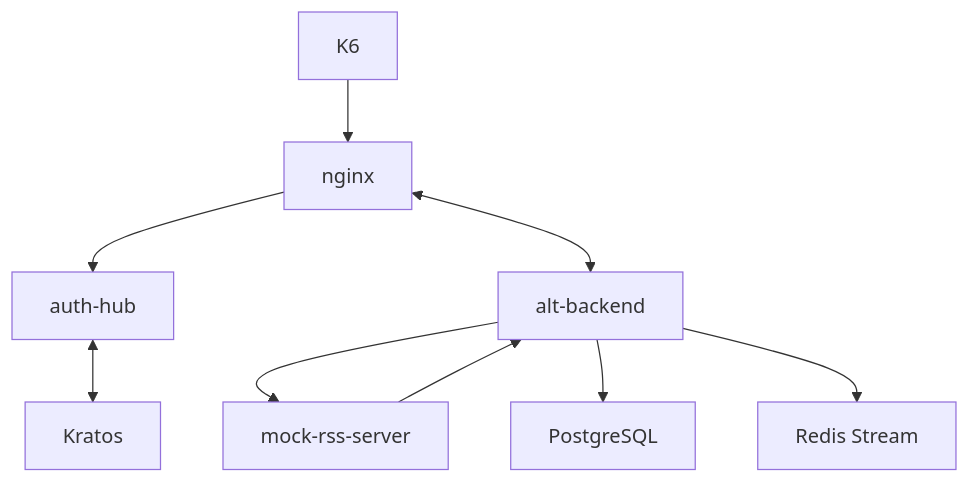
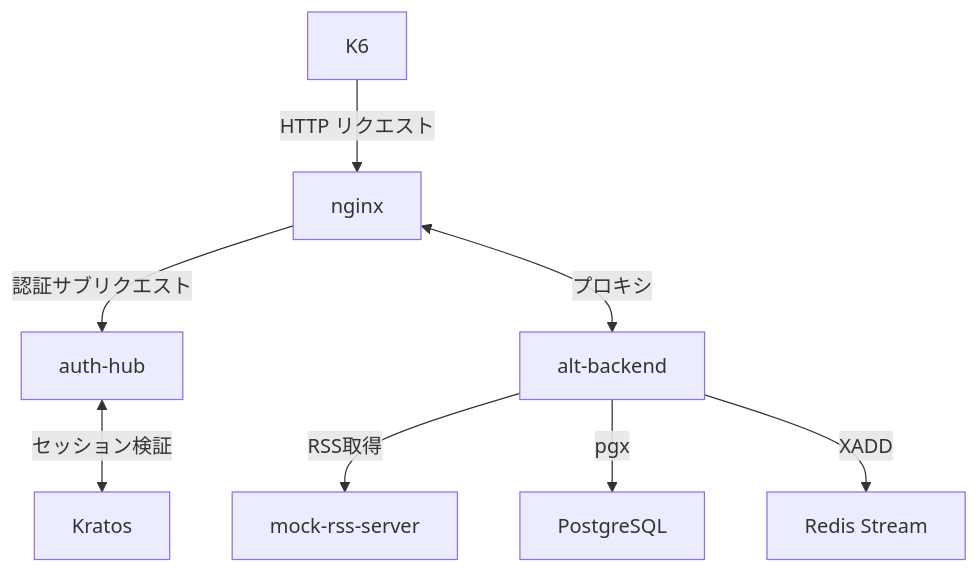
One commit to Kaikei-e/Zenn changed the first of 3 diagrams in articles/1f15fbe9c065a3.md. Above: the diagram before and after it, drawn with Mermaid. The commit also changed other lines of this file and 4 other files, not shown here.

````diff
--- a/articles/1f15fbe9c065a3.md
+++ b/articles/1f15fbe9c065a3.md
@@ -47,11 +63,10 @@
 ```mermaid
 graph TD
-    K6[K6] --> Nginx[nginx]
-    Nginx --> AuthHub[auth-hub]
-    AuthHub <--> Kratos[Kratos]
-    Nginx <--> AltBackend[alt-backend]
-    AltBackend --> MockRssServer[mock-rss-server]
-    MockRssServer --> AltBackend
-    AltBackend --> PostgreSQL[PostgreSQL]
-    AltBackend --> Redis[Redis Stream]
+    K6[K6] -->|"HTTP リクエスト"| Nginx[nginx]
+    Nginx -->|"認証サブリクエスト"| AuthHub[auth-hub]
+    AuthHub <-->|"セッション検証"| Kratos[Kratos]
+    Nginx <-->|"プロキシ"| AltBackend[alt-backend]
+    AltBackend -->|"RSS取得"| MockRssServer[mock-rss-server]
+    AltBackend -->|"pgx"| PostgreSQL[PostgreSQL]
+    AltBackend -->|"XADD"| Redis[Redis Stream]
 ```
````
